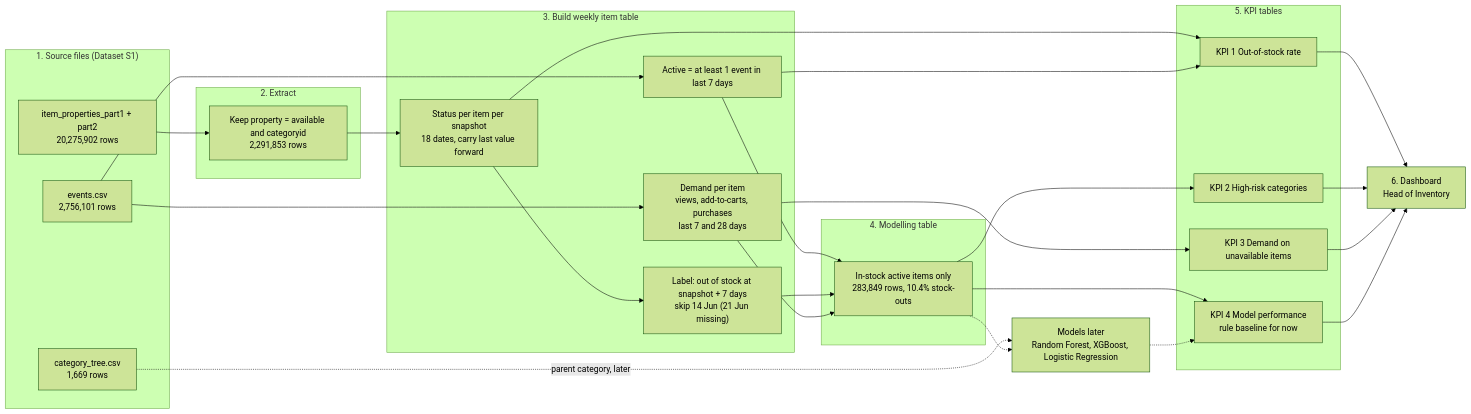
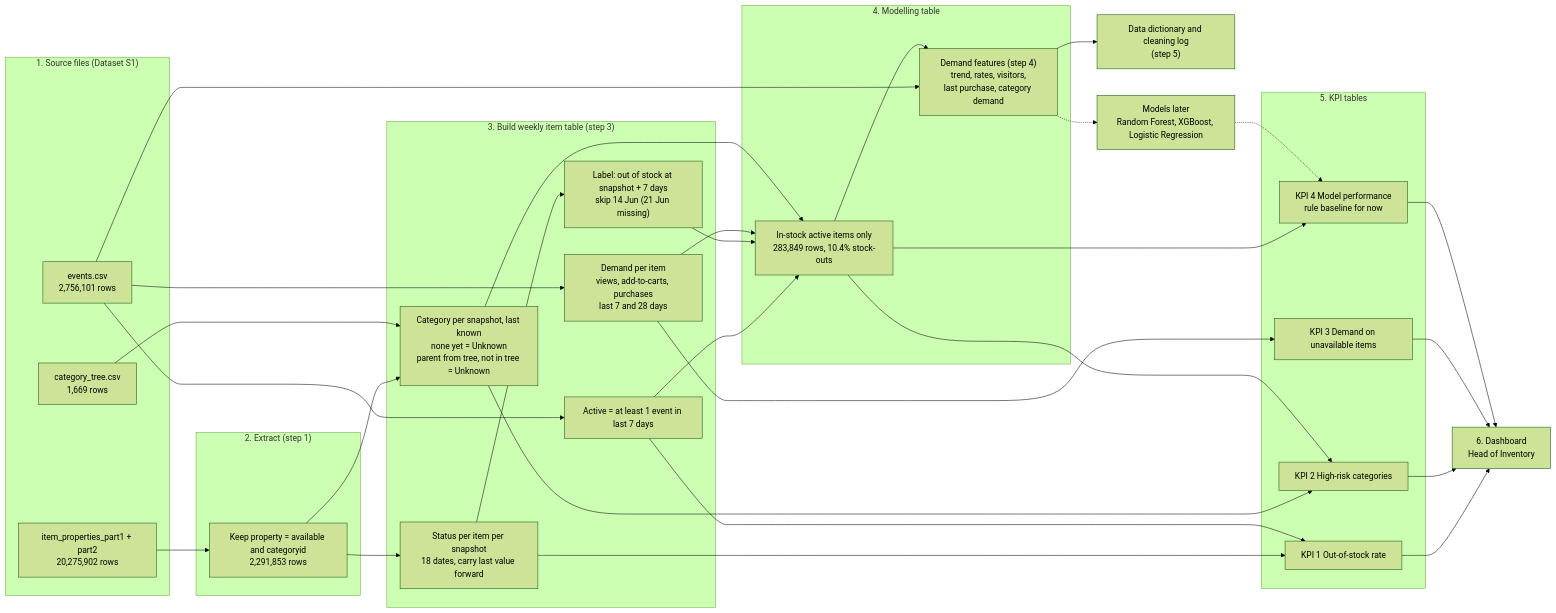
Before and after one commit to RafiSadad/g31-04-stockout-kpi: the diagram in docs/data_flow.mmd, drawn with Mermaid (forest theme). The commit also changed 2 other files, not shown here.

Commit message:
Data flow diagram: steps 4 and 5, Unknown and parent category; LOG section 9
Claude-Session: https://claude.ai/code/session_019XoCQrcopGsAfP2byRuUUN

```diff
--- a/docs/data_flow.mmd
+++ b/docs/data_flow.mmd
@@ -1,44 +1,53 @@
 flowchart LR
   subgraph SRC["1. Source files (Dataset S1)"]
     A1["item_properties_part1 + part2<br/>20,275,902 rows"]
     A2["events.csv<br/>2,756,101 rows"]
     A3["category_tree.csv<br/>1,669 rows"]
   end
-  subgraph EXT["2. Extract"]
+  subgraph EXT["2. Extract (step 1)"]
     B1["Keep property = available and categoryid<br/>2,291,853 rows"]
   end
-  subgraph BLD["3. Build weekly item table"]
+  subgraph BLD["3. Build weekly item table (step 3)"]
     C1["Status per item per snapshot<br/>18 dates, carry last value forward"]
+    C5["Category per snapshot, last known<br/>none yet = Unknown<br/>parent from tree, not in tree = Unknown"]
     C2["Demand per item<br/>views, add-to-carts, purchases<br/>last 7 and 28 days"]
     C3["Active = at least 1 event in last 7 days"]
     C4["Label: out of stock at snapshot + 7 days<br/>skip 14 Jun (21 Jun missing)"]
   end
   subgraph MT["4. Modelling table"]
     D1["In-stock active items only<br/>283,849 rows, 10.4% stock-outs"]
+    D2["Demand features (step 4)<br/>trend, rates, visitors,<br/>last purchase, category demand"]
   end
   subgraph KPI["5. KPI tables"]
     E1["KPI 1 Out-of-stock rate"]
     E2["KPI 2 High-risk categories"]
     E3["KPI 3 Demand on unavailable items"]
     E4["KPI 4 Model performance<br/>rule baseline for now"]
   end
+  G1["Data dictionary and cleaning log<br/>(step 5)"]
   F1["6. Dashboard<br/>Head of Inventory"]
   M1["Models later<br/>Random Forest, XGBoost, Logistic Regression"]
   A1 --> B1 --> C1
+  B1 --> C5
+  A3 --> C5
   A2 --> C2
   A2 --> C3
-  A3 -.->|"parent category, later"| M1
   C1 --> C4
   C1 --> E1
   C2 --> E3
   C3 --> E1
   C3 --> D1
   C4 --> D1
   C2 --> D1
+  C5 --> D1
+  C5 --> E2
+  A2 --> D2
+  D1 --> D2
   D1 --> E2
   D1 --> E4
-  D1 -.-> M1 -.-> E4
+  D2 -.-> M1 -.-> E4
+  D2 --> G1
   E1 --> F1
   E2 --> F1
   E3 --> F1
   E4 --> F1
```
